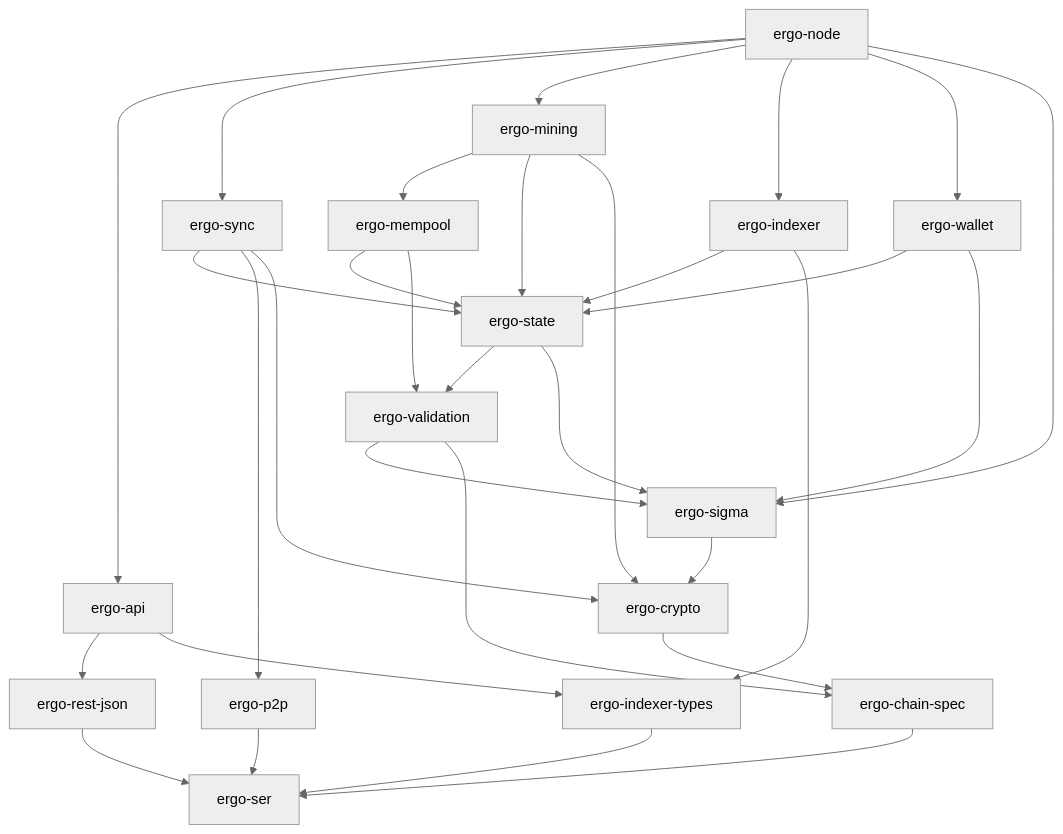
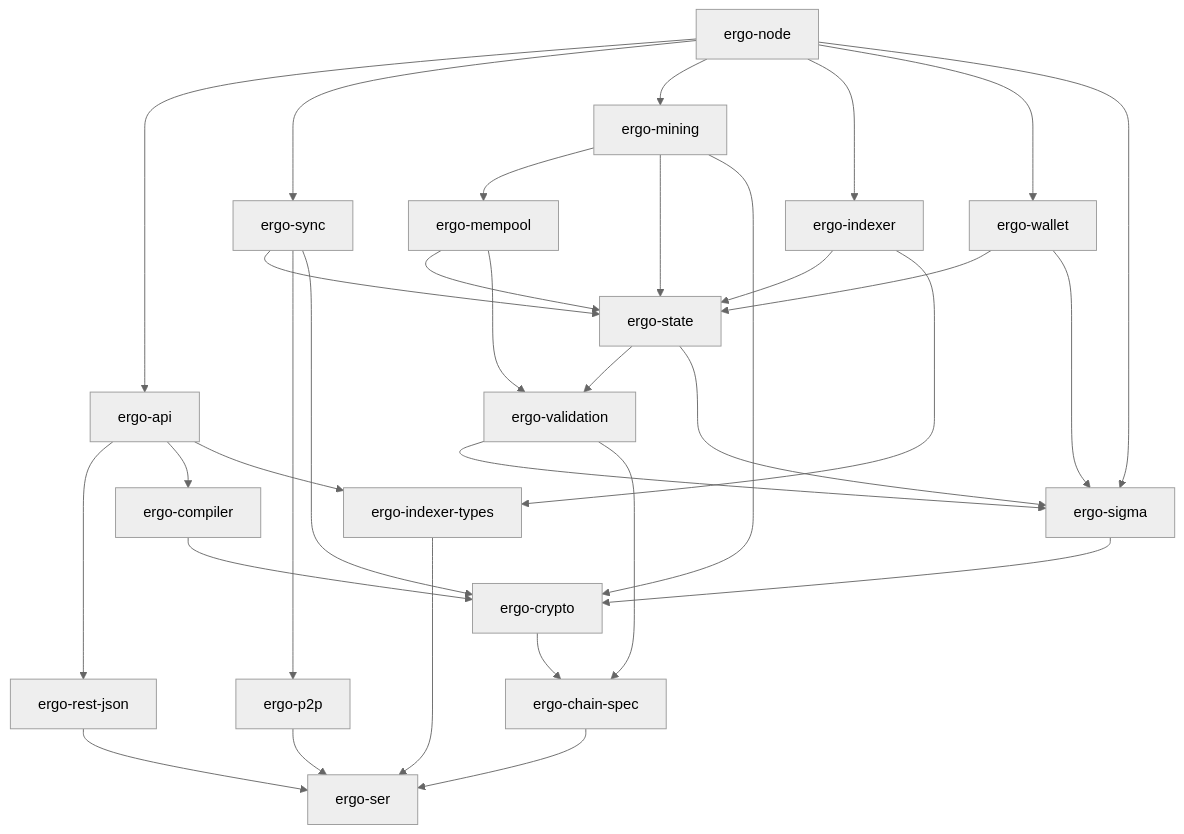
Before and after one commit to arkadianet/ergo: the diagram in docs/codemap.md, drawn with Mermaid (neutral theme). The commit also changed other lines of this file and 20 other files, not shown here.

````diff
--- a/docs/codemap.md
+++ b/docs/codemap.md
@@ -43,33 +44,35 @@
 ```mermaid
 graph TD
   chainspec[ergo-chain-spec] --> ser[ergo-ser]
   crypto[ergo-crypto] --> chainspec
   sigma[ergo-sigma] --> crypto
+  compiler[ergo-compiler] --> crypto
   validation[ergo-validation] --> sigma
   validation --> chainspec
   state[ergo-state] --> validation
   state --> sigma
   wallet[ergo-wallet] --> state
   wallet --> sigma
   mempool[ergo-mempool] --> state
   mempool --> validation
   p2p[ergo-p2p] --> ser
   sync[ergo-sync] --> state
   sync --> p2p
   sync --> crypto
   mining[ergo-mining] --> mempool
   mining --> state
   mining --> crypto
   indexertypes[ergo-indexer-types] --> ser
   indexer[ergo-indexer] --> state
   indexer --> indexertypes
   restjson[ergo-rest-json] --> ser
   api[ergo-api] --> restjson
+  api --> compiler
   api --> indexertypes
   node[ergo-node] --> api
   node --> sync
   node --> mining
   node --> indexer
   node --> wallet
   node --> sigma
 ```
````
